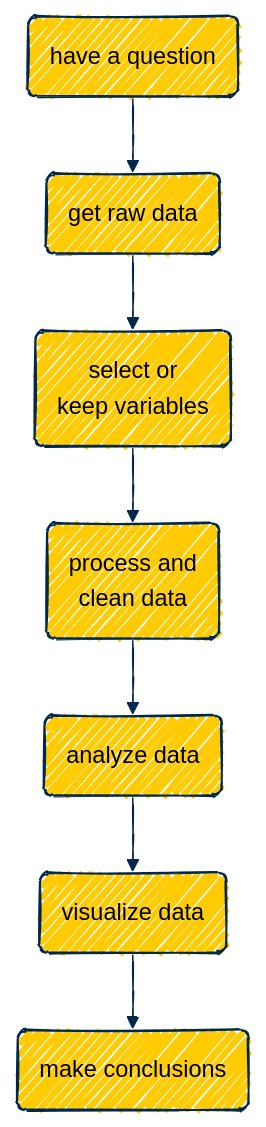
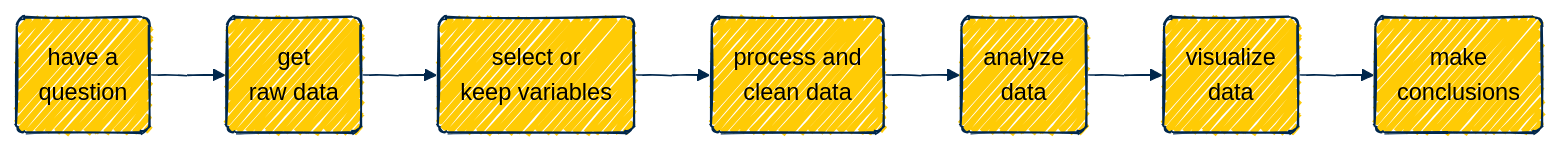
The diagram in do-files/README.md (agrogan1/Stata), drawn with Mermaid before and after one commit.

````diff
--- a/do-files/README.md
+++ b/do-files/README.md
@@ -3,26 +3,26 @@
 ```mermaid
 %%{
   init: {
     'theme': 'base',
     'look': 'handDrawn',
     'themeVariables': {
       'primaryColor': '#FFCB05',
       'primaryTextColor': '#000000',
       'primaryBorderColor': '#00274C',
       'lineColor': '#00274C',
       'secondaryColor': '#00274C',
       'secondaryTextColor': '#000000',
       'tertiaryColor': '#F2F2F2',
       'tertiaryBorderColor': '#00274C'
     }
   }
 }%%
 
-flowchart TB
-  A(have a question) --> B(get raw data)
+flowchart LR
+  A(have a <br>question) --> B(get <br>raw data)
   B --> B2(select or <br>keep variables)
   B2 --> C(process and <br>clean data) 
-  C --> D(analyze data)
-  D --> E(visualize data)
-  E --> F(make conclusions)
+  C --> D(analyze <br>data)
+  D --> E(visualize <br>data)
+  E --> F(make <br>conclusions)
 ```
````
